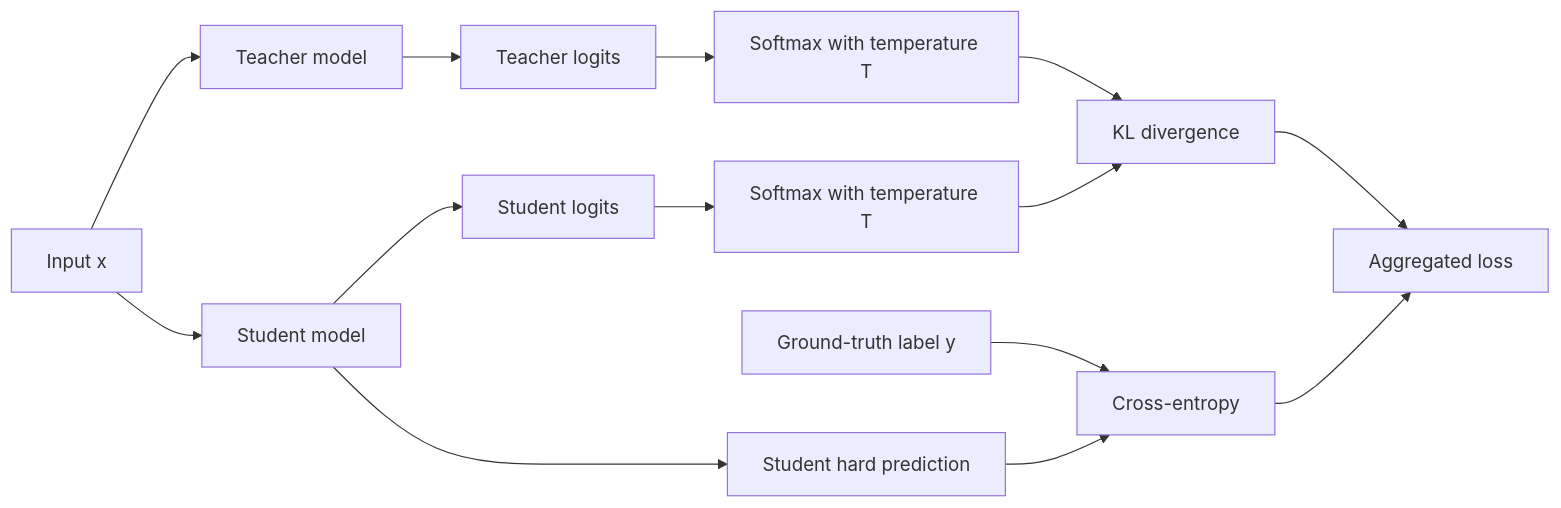
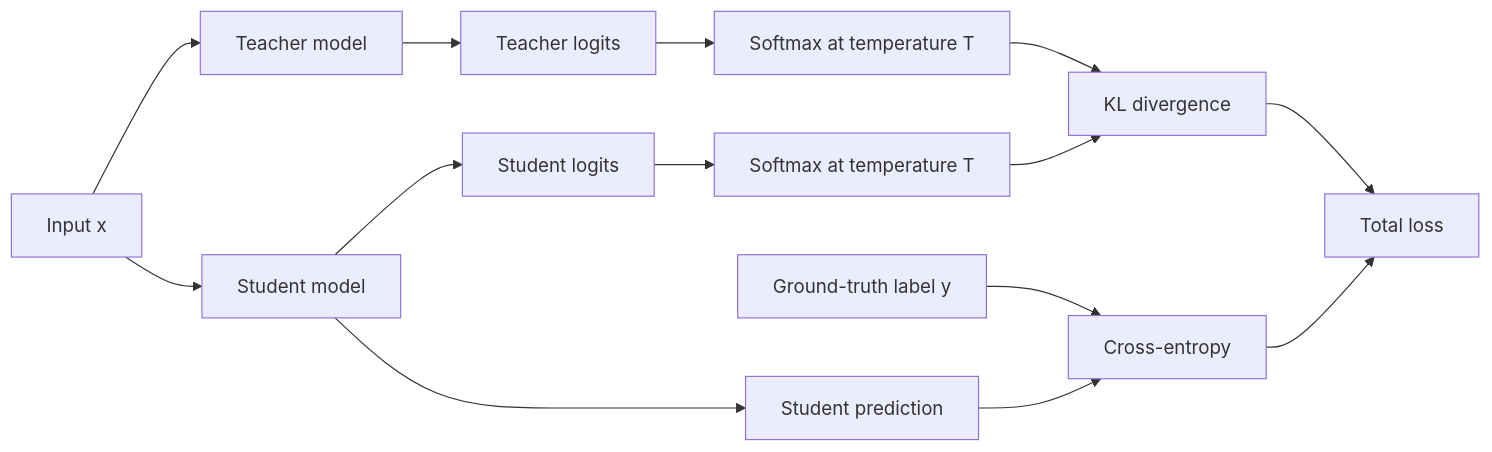
The first of 2 diagrams in docs/optimization/knowledge_distillation.md (b-io/vlm-inference-lab), drawn with Mermaid before and after one commit. The commit also changed other lines of this file and 6 other files, not shown here.

First line of the commit message:
docs: update VLM architectures, knowledge distillation, and fix LaTeX rendering

````diff
--- a/docs/optimization/knowledge_distillation.md
+++ b/docs/optimization/knowledge_distillation.md
@@ -70,16 +70,16 @@
 ```mermaid
 flowchart LR
     X[Input x] --> T[Teacher model]
     X --> S[Student model]
     T --> ZT[Teacher logits]
     S --> ZS[Student logits]
-    ZT --> PT[Softmax with temperature T]
-    ZS --> PS[Softmax with temperature T]
+    ZT --> PT[Softmax at temperature T]
+    ZS --> PS[Softmax at temperature T]
     PT --> KLD[KL divergence]
     PS --> KLD
-    S --> SH[Student hard prediction]
+    S --> SH[Student prediction]
     Y[Ground-truth label y] --> CE[Cross-entropy]
     SH --> CE
-    KLD --> L[Aggregated loss]
+    KLD --> L[Total loss]
     CE --> L
 ```
````
